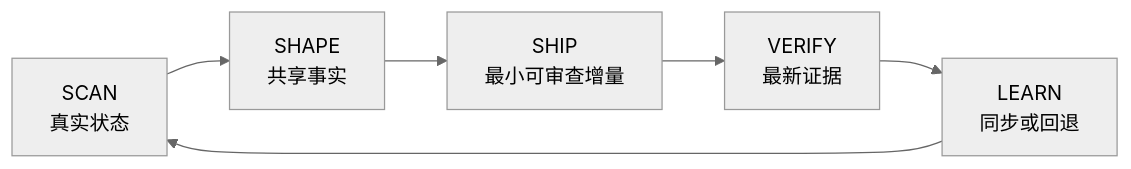
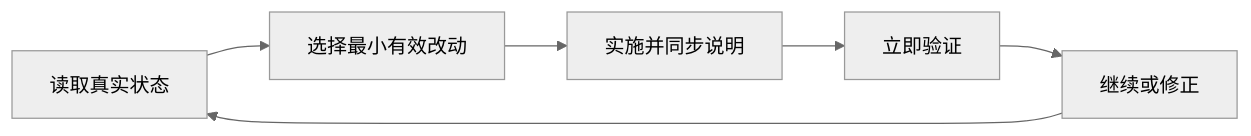
One commit to Solismuchengxue/skill_swift_cycle changed the diagram in README.zh-CN.md. Above: the diagram before and after it, drawn with Mermaid (neutral theme). The commit also changed other lines of this file and 6 other files, not shown here.

````diff
--- a/README.zh-CN.md
+++ b/README.zh-CN.md
@@ -32,8 +52,8 @@
 ```mermaid
 flowchart LR
-    A["SCAN<br/>真实状态"] --> B["SHAPE<br/>共享事实"]
-    B --> C["SHIP<br/>最小可审查增量"]
-    C --> D["VERIFY<br/>最新证据"]
-    D --> E["LEARN<br/>同步或回退"]
+    A[读取真实状态] --> B[选择最小有效改动]
+    B --> C[实施并同步说明]
+    C --> D[立即验证]
+    D --> E[继续或修正]
     E --> A
 ```
````
